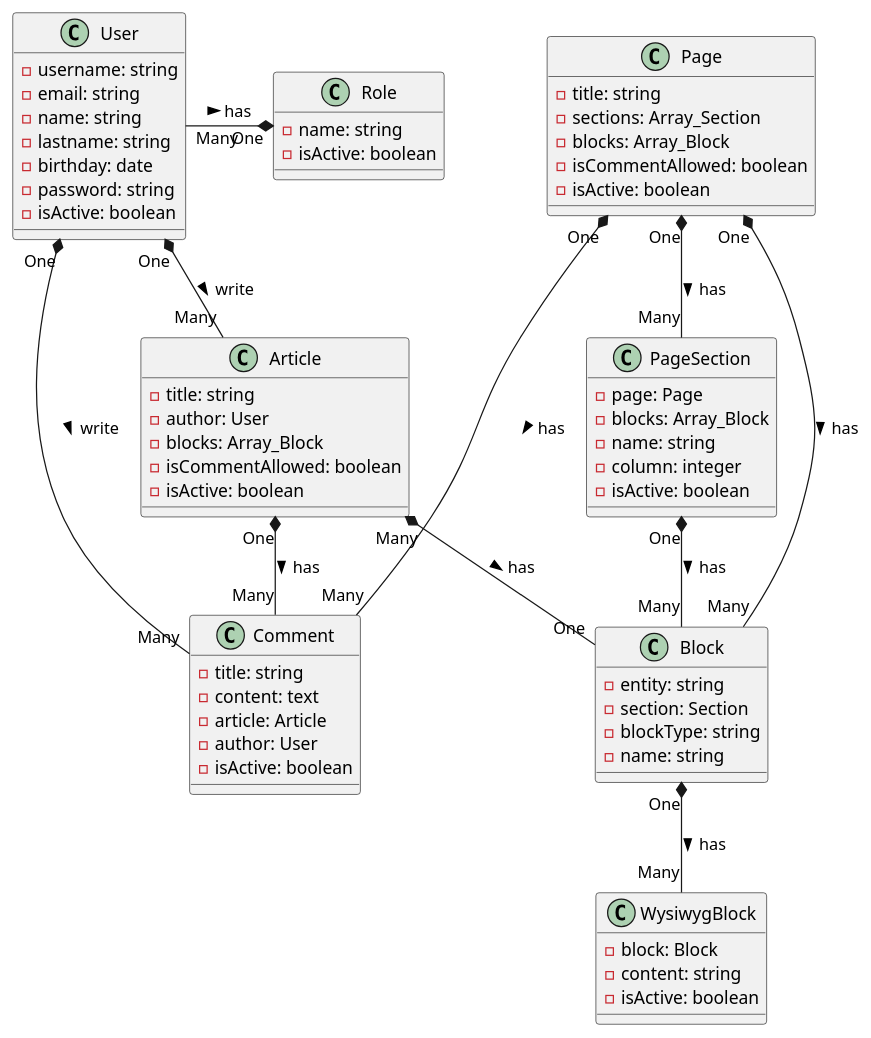
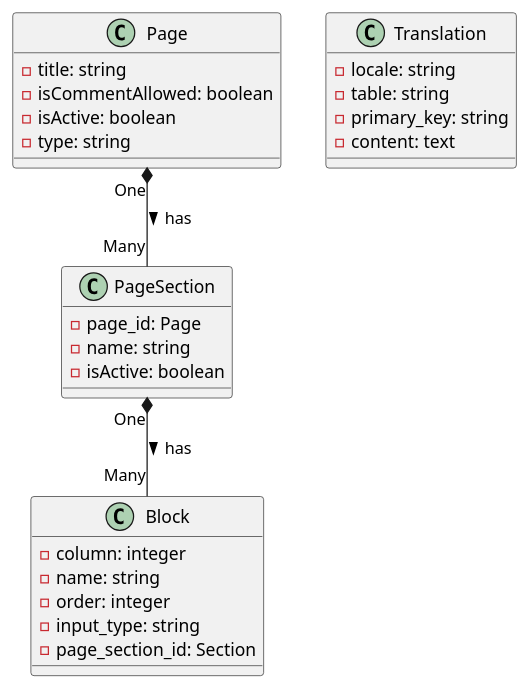
Before and after one commit to RomPiot/clean-architecture-symfony: the diagram in class-diagram.puml, drawn with PlantUML. The commit also changed 12 other files, not shown here.

```diff
--- a/class-diagram.puml
+++ b/class-diagram.puml
@@ -4,78 +4,38 @@
 @startuml class-diagram
 
 ' Entities
 
-class Article {
+class Page {
     - title: string
-    - author: User
-    - blocks: Array_Block
     - isCommentAllowed: boolean
     - isActive: boolean
-}
-
-class Page {
-    - title: string
-    - sections: Array_Section
-    - blocks: Array_Block
-    - isCommentAllowed: boolean
-    - isActive: boolean
+    - type: string
 }
 
 class PageSection {
-    - page: Page
-    - blocks: Array_Block
+    - page_id: Page
     - name: string
-    - column: integer
     - isActive: boolean
 }
 
 class Block {
-    - entity: string
-    - section: Section
-    - blockType: string
+    - column: integer
     - name: string
+    - order: integer
+    - input_type: string
+    - page_section_id: Section
 }
 
-class WysiwygBlock {
-    - block: Block
-    - content: string
-    - isActive: boolean
-}
-
-class Comment {
-    - title: string
+class Translation {
+    - locale: string
+    - table: string
+    - primary_key: string
     - content: text
-    - article: Article
-    - author: User
-    - isActive: boolean
-}
-
-class User {
-    - username: string
-    - email: string
-    - name: string
-    - lastname: string
-    - birthday: date
-    - password: string
-    - isActive: boolean
-}
-
-class Role {
-    - name: string
-    - isActive: boolean
 }
 
 ' Relations
-Article "One" *-- "Many" Comment : has >
-Page "One" *-- "Many" Comment : has >
-User "One" *-- "Many" Article : write >
-User "One" *- "Many" Comment : write >
-User "Many" -* "One" Role : has >
-Article "Many" *-- "One" Block : has >
 Page "One" *-- "Many" PageSection: has >
-Page "One" *-- "Many" Block : has >
 PageSection "One" *-- "Many" Block: has >
-Block "One" *-- "Many" WysiwygBlock: has >
 
 
 @enduml
```
